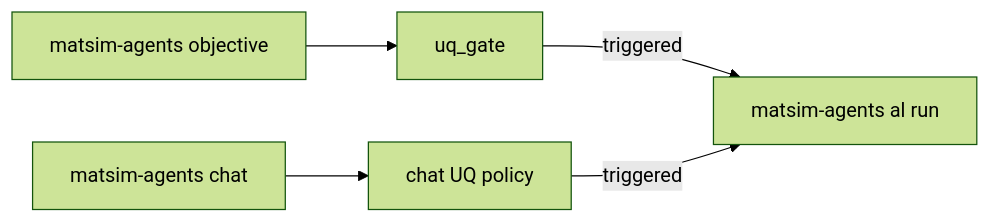
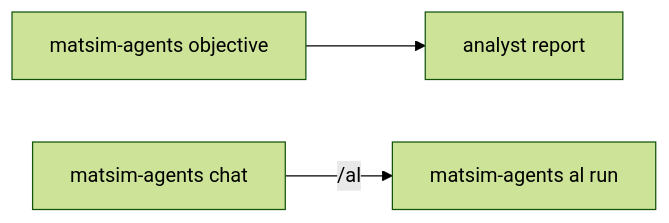
One commit to ORNL/matsim-agents changed the second of 2 diagrams in examples/active_learning/README.md. Above: the diagram before and after it, drawn with Mermaid (forest theme). The commit also changed other lines of this file and 115 other files, not shown here.

````diff
--- a/examples/active_learning/README.md
+++ b/examples/active_learning/README.md
@@ -149,7 +148,5 @@
 ```mermaid
 flowchart LR
-  R[matsim-agents objective] --> RU[uq_gate]
-  C[matsim-agents chat] --> CU[chat UQ policy]
-  RU -->|triggered| AL[matsim-agents al run]
-  CU -->|triggered| AL
+  R[matsim-agents objective] --> A[analyst report]
+  C[matsim-agents chat] -->|/al| AL[matsim-agents al run]
 ```
````
